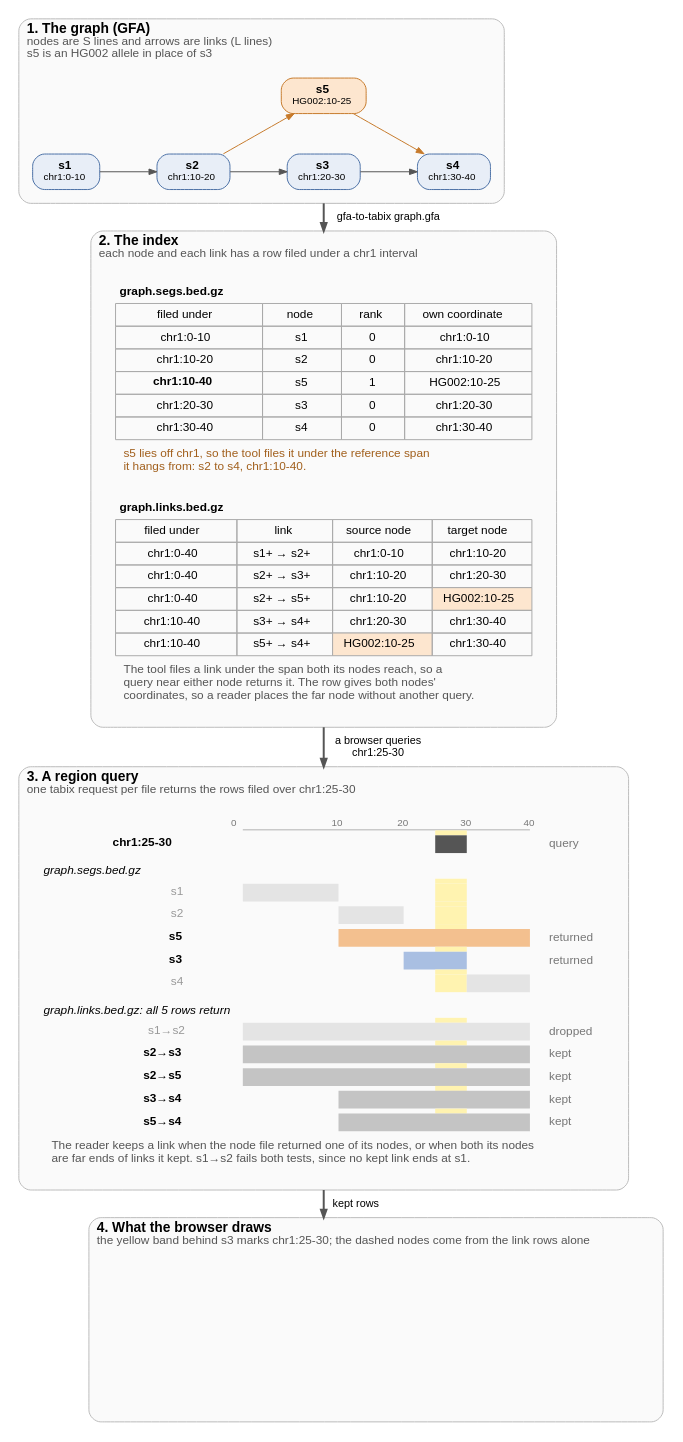
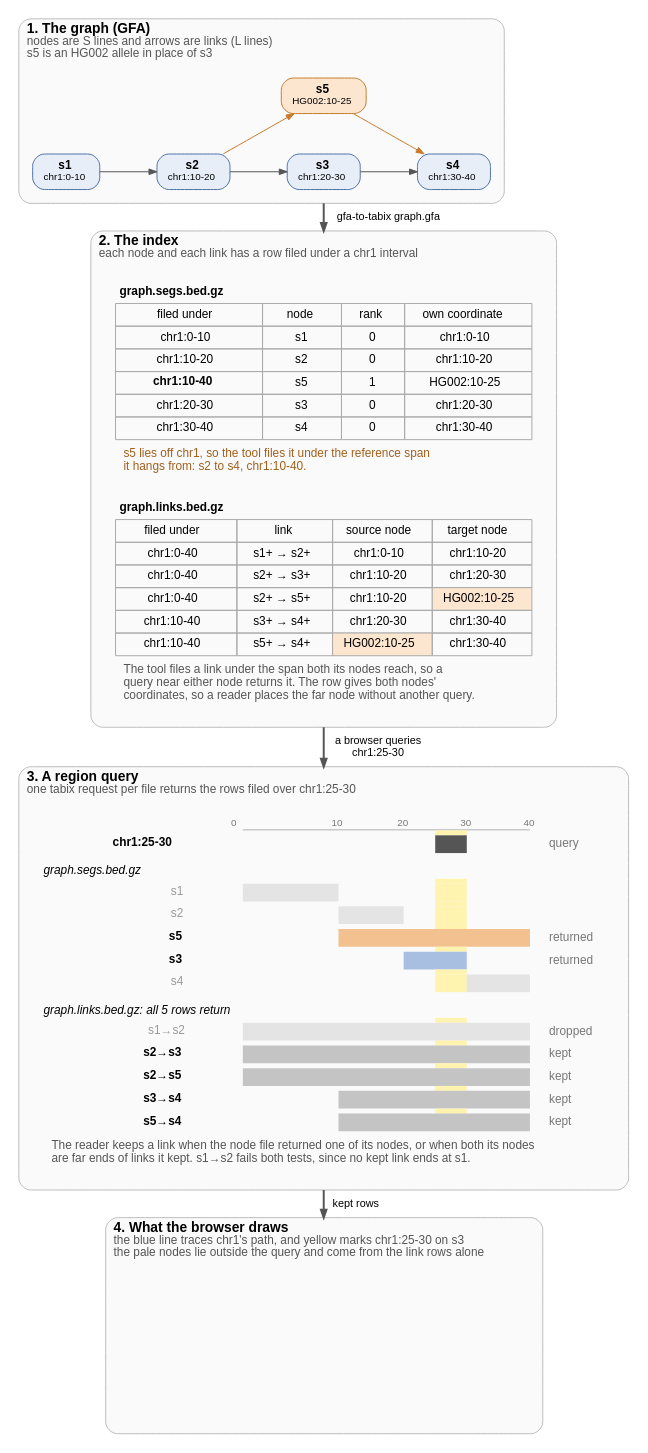
Before and after one commit to GMOD/gfa-to-tabix: the diagram in docs/figures/overview-detail.dot, drawn with Graphviz. The commit also changed 4 other files, not shown here.

First line of the commit message:
Overview figures: trace chr1's path through the drawn nodes, drop the dashes

```diff
--- a/docs/figures/overview-detail.dot
+++ b/docs/figures/overview-detail.dot
@@ -1,117 +1,117 @@
 // scripts/figures.py fills the marked rows from the tool's output and draws this figure
 digraph overview {
   bgcolor="white"
   fontname="Helvetica"
   newrank=true
   compound=true
   nodesep=0.4
   ranksep=0.55
   node [fontname="Helvetica", fontsize=12, shape=box, style="filled,rounded", fillcolor="#e8eef7", color="#4a6fa5", margin="0.15,0.06"]
   edge [fontname="Helvetica", fontsize=11, color="#555555", arrowsize=0.8]
 
   subgraph {
     graph [labeljust=l, fontsize=14, color="#bbbbbb", style="rounded,filled", fillcolor="#fafafa", margin=14]
 
     subgraph cluster_graph {
       label=<<B>1. The graph (GFA)</B><BR ALIGN="LEFT"/><FONT POINT-SIZE="12" COLOR="#555555">nodes are S lines and arrows are links (L lines)</FONT><BR ALIGN="LEFT"/><FONT POINT-SIZE="12" COLOR="#555555">s5 is an HG002 allele in place of s3</FONT><BR ALIGN="LEFT"/>>
       // begin graph
       s1 [label=<<B>s1</B><BR/><FONT POINT-SIZE="10">chr1:0-10</FONT>>]
       s2 [label=<<B>s2</B><BR/><FONT POINT-SIZE="10">chr1:10-20</FONT>>]
       s3 [label=<<B>s3</B><BR/><FONT POINT-SIZE="10">chr1:20-30</FONT>>]
       s4 [label=<<B>s4</B><BR/><FONT POINT-SIZE="10">chr1:30-40</FONT>>]
       s5 [label=<<B>s5</B><BR/><FONT POINT-SIZE="10">HG002:10-25</FONT>>, fillcolor="#fde6cf", color="#c77a2b"]
       {rank=same; s1; s2; s3; s4}
       s1 -> s2 [weight=20]
       s2 -> s3 [weight=20]
       s2 -> s5 [color="#c77a2b", constraint=false]
       s3 -> s4 [weight=20]
       s5 -> s4 [color="#c77a2b", constraint=false]
       s5 -> s3 [style=invis, weight=20]
       // end graph
     }
 
     subgraph cluster_files {
       label=<<B>2. The index</B><BR ALIGN="LEFT"/><FONT POINT-SIZE="12" COLOR="#555555">each node and each link has a row filed under a chr1 interval</FONT><BR ALIGN="LEFT"/>>
       rows [shape=plaintext, style="", label=<
         <TABLE BORDER="0" CELLBORDER="0" CELLSPACING="0" CELLPADDING="0"><TR><TD><TABLE BORDER="0" CELLBORDER="1" CELLSPACING="0" CELLPADDING="4" COLOR="#aaaaaa">
           <TR><TD COLSPAN="4" BORDER="0" ALIGN="LEFT"><B>graph.segs.bed.gz</B></TD></TR>
           <TR BGCOLOR="#dddddd"><TD>filed under</TD><TD>node</TD><TD>rank</TD><TD>own coordinate</TD></TR>
           <!-- begin segs -->
           <TR BGCOLOR="#e8eef7"><TD>chr1:0-10</TD><TD>s1</TD><TD>0</TD><TD>chr1:0-10</TD></TR>
           <TR BGCOLOR="#e8eef7"><TD>chr1:10-20</TD><TD>s2</TD><TD>0</TD><TD>chr1:10-20</TD></TR>
           <TR BGCOLOR="#fde6cf"><TD><B>chr1:10-40</B></TD><TD>s5</TD><TD>1</TD><TD>HG002:10-25</TD></TR>
           <TR BGCOLOR="#e8eef7"><TD>chr1:20-30</TD><TD>s3</TD><TD>0</TD><TD>chr1:20-30</TD></TR>
           <TR BGCOLOR="#e8eef7"><TD>chr1:30-40</TD><TD>s4</TD><TD>0</TD><TD>chr1:30-40</TD></TR>
           <!-- end segs -->
           <!-- begin segs-caption -->
           <TR><TD BORDER="0" CELLPADDING="8" COLSPAN="4" ALIGN="LEFT" BALIGN="LEFT"><FONT POINT-SIZE="12" COLOR="#a15f1c">s5 lies off chr1, so the tool files it under the reference span<BR/>it hangs from: s2 to s4, chr1:10-40.</FONT></TD></TR>
           <!-- end segs-caption -->
         </TABLE></TD></TR>
         <TR><TD HEIGHT="18"></TD></TR>
         <TR><TD><TABLE BORDER="0" CELLBORDER="1" CELLSPACING="0" CELLPADDING="4" COLOR="#aaaaaa">
           <TR><TD COLSPAN="4" BORDER="0" ALIGN="LEFT"><B>graph.links.bed.gz</B></TD></TR>
           <TR BGCOLOR="#dddddd"><TD>filed under</TD><TD>link</TD><TD>source node</TD><TD>target node</TD></TR>
           <!-- begin links -->
           <TR BGCOLOR="#f2f2f2"><TD>chr1:0-40</TD><TD>s1+ → s2+</TD><TD>chr1:0-10</TD><TD>chr1:10-20</TD></TR>
           <TR BGCOLOR="#f2f2f2"><TD>chr1:0-40</TD><TD>s2+ → s3+</TD><TD>chr1:10-20</TD><TD>chr1:20-30</TD></TR>
           <TR BGCOLOR="#f2f2f2"><TD>chr1:0-40</TD><TD>s2+ → s5+</TD><TD>chr1:10-20</TD><TD BGCOLOR="#fde6cf">HG002:10-25</TD></TR>
           <TR BGCOLOR="#f2f2f2"><TD>chr1:10-40</TD><TD>s3+ → s4+</TD><TD>chr1:20-30</TD><TD>chr1:30-40</TD></TR>
           <TR BGCOLOR="#f2f2f2"><TD>chr1:10-40</TD><TD>s5+ → s4+</TD><TD BGCOLOR="#fde6cf">HG002:10-25</TD><TD>chr1:30-40</TD></TR>
           <!-- end links -->
           <TR><TD COLSPAN="4" BORDER="0" CELLPADDING="8" ALIGN="LEFT" BALIGN="LEFT"><FONT POINT-SIZE="12" COLOR="#555555">The tool files a link under the span both its nodes reach, so a<BR/>query near either node returns it. The row gives both nodes'<BR/>coordinates, so a reader places the far node without another query.</FONT></TD></TR>
         </TABLE></TD></TR></TABLE>>]
     }
 
     subgraph cluster_query {
       label=<<B>3. A region query</B><BR ALIGN="LEFT"/><FONT POINT-SIZE="12" COLOR="#555555">one tabix request per file returns the rows filed over chr1:25-30</FONT><BR ALIGN="LEFT"/>>
       hits [shape=plaintext, style="", label=<
         <TABLE BORDER="0" CELLBORDER="0" CELLSPACING="0" CELLPADDING="0">
           <!-- begin lanes -->
           <TR><TD></TD><TD WIDTH="16"></TD><TD WIDTH="16"></TD><TD WIDTH="16"></TD><TD WIDTH="16"></TD><TD WIDTH="16"></TD><TD WIDTH="16"></TD><TD WIDTH="16"></TD><TD WIDTH="16"></TD><TD WIDTH="16"></TD><TD WIDTH="16"></TD><TD WIDTH="16"></TD><TD WIDTH="16"></TD><TD WIDTH="16"></TD><TD WIDTH="16"></TD><TD WIDTH="16"></TD><TD WIDTH="16"></TD><TD WIDTH="16"></TD><TD WIDTH="16"></TD><TD></TD></TR>
           <TR><TD></TD><TD COLSPAN="2"><FONT POINT-SIZE="10" COLOR="#777777">0</FONT></TD><TD COLSPAN="2"></TD><TD COLSPAN="2"><FONT POINT-SIZE="10" COLOR="#777777">10</FONT></TD><TD COLSPAN="2"></TD><TD COLSPAN="2"><FONT POINT-SIZE="10" COLOR="#777777">20</FONT></TD><TD COLSPAN="2"></TD><TD COLSPAN="2"><FONT POINT-SIZE="10" COLOR="#777777">30</FONT></TD><TD COLSPAN="2"></TD><TD COLSPAN="2"><FONT POINT-SIZE="10" COLOR="#777777">40</FONT></TD><TD></TD></TR>
           <TR><TD HEIGHT="1"></TD><TD></TD><TD COLSPAN="16" BGCOLOR="#999999"></TD><TD></TD><TD></TD></TR>
           <TR><TD HEIGHT="5"></TD><TD></TD><TD></TD><TD></TD><TD></TD><TD></TD><TD></TD><TD></TD><TD></TD><TD></TD><TD></TD><TD></TD><TD BGCOLOR="#fff3b0"></TD><TD BGCOLOR="#fff3b0"></TD><TD></TD><TD></TD><TD></TD><TD></TD><TD></TD><TD></TD></TR>
           <TR><TD ALIGN="RIGHT" HEIGHT="18"><B>chr1:25-30</B>  </TD><TD></TD><TD COLSPAN="10"></TD><TD COLSPAN="2" BGCOLOR="#555555"></TD><TD COLSPAN="4"></TD><TD></TD><TD ALIGN="LEFT"><FONT POINT-SIZE="12" COLOR="#777777">  query</FONT></TD></TR>
           <TR><TD COLSPAN="20" ALIGN="LEFT" HEIGHT="26" VALIGN="BOTTOM"><I>graph.segs.bed.gz</I></TD></TR>
           <TR><TD HEIGHT="5"></TD><TD></TD><TD></TD><TD></TD><TD></TD><TD></TD><TD></TD><TD></TD><TD></TD><TD></TD><TD></TD><TD></TD><TD BGCOLOR="#fff3b0"></TD><TD BGCOLOR="#fff3b0"></TD><TD></TD><TD></TD><TD></TD><TD></TD><TD></TD><TD></TD></TR>
           <TR><TD ALIGN="RIGHT" HEIGHT="18"><FONT COLOR="#999999">s1</FONT>  </TD><TD></TD><TD COLSPAN="4" BGCOLOR="#e4e4e4"></TD><TD COLSPAN="6"></TD><TD COLSPAN="2" BGCOLOR="#fff3b0"></TD><TD COLSPAN="4"></TD><TD></TD><TD ALIGN="LEFT"></TD></TR>
           <TR><TD HEIGHT="5"></TD><TD></TD><TD></TD><TD></TD><TD></TD><TD></TD><TD></TD><TD></TD><TD></TD><TD></TD><TD></TD><TD></TD><TD BGCOLOR="#fff3b0"></TD><TD BGCOLOR="#fff3b0"></TD><TD></TD><TD></TD><TD></TD><TD></TD><TD></TD><TD></TD></TR>
           <TR><TD ALIGN="RIGHT" HEIGHT="18"><FONT COLOR="#999999">s2</FONT>  </TD><TD></TD><TD COLSPAN="4"></TD><TD COLSPAN="4" BGCOLOR="#e4e4e4"></TD><TD COLSPAN="2"></TD><TD COLSPAN="2" BGCOLOR="#fff3b0"></TD><TD COLSPAN="4"></TD><TD></TD><TD ALIGN="LEFT"></TD></TR>
           <TR><TD HEIGHT="5"></TD><TD></TD><TD></TD><TD></TD><TD></TD><TD></TD><TD></TD><TD></TD><TD></TD><TD></TD><TD></TD><TD></TD><TD BGCOLOR="#fff3b0"></TD><TD BGCOLOR="#fff3b0"></TD><TD></TD><TD></TD><TD></TD><TD></TD><TD></TD><TD></TD></TR>
           <TR><TD ALIGN="RIGHT" HEIGHT="18"><B>s5</B>  </TD><TD></TD><TD COLSPAN="4"></TD><TD COLSPAN="12" BGCOLOR="#f3c08f"></TD><TD></TD><TD ALIGN="LEFT"><FONT POINT-SIZE="12" COLOR="#777777">  returned</FONT></TD></TR>
           <TR><TD HEIGHT="5"></TD><TD></TD><TD></TD><TD></TD><TD></TD><TD></TD><TD></TD><TD></TD><TD></TD><TD></TD><TD></TD><TD></TD><TD BGCOLOR="#fff3b0"></TD><TD BGCOLOR="#fff3b0"></TD><TD></TD><TD></TD><TD></TD><TD></TD><TD></TD><TD></TD></TR>
           <TR><TD ALIGN="RIGHT" HEIGHT="18"><B>s3</B>  </TD><TD></TD><TD COLSPAN="8"></TD><TD COLSPAN="4" BGCOLOR="#a9bfe2"></TD><TD COLSPAN="4"></TD><TD></TD><TD ALIGN="LEFT"><FONT POINT-SIZE="12" COLOR="#777777">  returned</FONT></TD></TR>
           <TR><TD HEIGHT="5"></TD><TD></TD><TD></TD><TD></TD><TD></TD><TD></TD><TD></TD><TD></TD><TD></TD><TD></TD><TD></TD><TD></TD><TD BGCOLOR="#fff3b0"></TD><TD BGCOLOR="#fff3b0"></TD><TD></TD><TD></TD><TD></TD><TD></TD><TD></TD><TD></TD></TR>
           <TR><TD ALIGN="RIGHT" HEIGHT="18"><FONT COLOR="#999999">s4</FONT>  </TD><TD></TD><TD COLSPAN="10"></TD><TD COLSPAN="2" BGCOLOR="#fff3b0"></TD><TD COLSPAN="4" BGCOLOR="#e4e4e4"></TD><TD></TD><TD ALIGN="LEFT"></TD></TR>
           <TR><TD COLSPAN="20" ALIGN="LEFT" HEIGHT="26" VALIGN="BOTTOM"><I>graph.links.bed.gz: all 5 rows return</I></TD></TR>
           <TR><TD HEIGHT="5"></TD><TD></TD><TD></TD><TD></TD><TD></TD><TD></TD><TD></TD><TD></TD><TD></TD><TD></TD><TD></TD><TD></TD><TD BGCOLOR="#fff3b0"></TD><TD BGCOLOR="#fff3b0"></TD><TD></TD><TD></TD><TD></TD><TD></TD><TD></TD><TD></TD></TR>
           <TR><TD ALIGN="RIGHT" HEIGHT="18"><FONT COLOR="#999999">s1→s2</FONT>  </TD><TD></TD><TD COLSPAN="16" BGCOLOR="#e4e4e4"></TD><TD></TD><TD ALIGN="LEFT"><FONT POINT-SIZE="12" COLOR="#777777">  dropped</FONT></TD></TR>
           <TR><TD HEIGHT="5"></TD><TD></TD><TD></TD><TD></TD><TD></TD><TD></TD><TD></TD><TD></TD><TD></TD><TD></TD><TD></TD><TD></TD><TD BGCOLOR="#fff3b0"></TD><TD BGCOLOR="#fff3b0"></TD><TD></TD><TD></TD><TD></TD><TD></TD><TD></TD><TD></TD></TR>
           <TR><TD ALIGN="RIGHT" HEIGHT="18"><B>s2→s3</B>  </TD><TD></TD><TD COLSPAN="16" BGCOLOR="#c4c4c4"></TD><TD></TD><TD ALIGN="LEFT"><FONT POINT-SIZE="12" COLOR="#777777">  kept</FONT></TD></TR>
           <TR><TD HEIGHT="5"></TD><TD></TD><TD></TD><TD></TD><TD></TD><TD></TD><TD></TD><TD></TD><TD></TD><TD></TD><TD></TD><TD></TD><TD BGCOLOR="#fff3b0"></TD><TD BGCOLOR="#fff3b0"></TD><TD></TD><TD></TD><TD></TD><TD></TD><TD></TD><TD></TD></TR>
           <TR><TD ALIGN="RIGHT" HEIGHT="18"><B>s2→s5</B>  </TD><TD></TD><TD COLSPAN="16" BGCOLOR="#c4c4c4"></TD><TD></TD><TD ALIGN="LEFT"><FONT POINT-SIZE="12" COLOR="#777777">  kept</FONT></TD></TR>
           <TR><TD HEIGHT="5"></TD><TD></TD><TD></TD><TD></TD><TD></TD><TD></TD><TD></TD><TD></TD><TD></TD><TD></TD><TD></TD><TD></TD><TD BGCOLOR="#fff3b0"></TD><TD BGCOLOR="#fff3b0"></TD><TD></TD><TD></TD><TD></TD><TD></TD><TD></TD><TD></TD></TR>
           <TR><TD ALIGN="RIGHT" HEIGHT="18"><B>s3→s4</B>  </TD><TD></TD><TD COLSPAN="4"></TD><TD COLSPAN="12" BGCOLOR="#c4c4c4"></TD><TD></TD><TD ALIGN="LEFT"><FONT POINT-SIZE="12" COLOR="#777777">  kept</FONT></TD></TR>
           <TR><TD HEIGHT="5"></TD><TD></TD><TD></TD><TD></TD><TD></TD><TD></TD><TD></TD><TD></TD><TD></TD><TD></TD><TD></TD><TD></TD><TD BGCOLOR="#fff3b0"></TD><TD BGCOLOR="#fff3b0"></TD><TD></TD><TD></TD><TD></TD><TD></TD><TD></TD><TD></TD></TR>
           <TR><TD ALIGN="RIGHT" HEIGHT="18"><B>s5→s4</B>  </TD><TD></TD><TD COLSPAN="4"></TD><TD COLSPAN="12" BGCOLOR="#c4c4c4"></TD><TD></TD><TD ALIGN="LEFT"><FONT POINT-SIZE="12" COLOR="#777777">  kept</FONT></TD></TR>
           <!-- end lanes -->
           <!-- begin keep-caption -->
           <TR><TD BORDER="0" CELLPADDING="8" COLSPAN="20" ALIGN="LEFT" BALIGN="LEFT"><FONT POINT-SIZE="12" COLOR="#555555">The reader keeps a link when the node file returned one of its nodes, or when both its nodes<BR/>are far ends of links it kept. s1→s2 fails both tests, since no kept link ends at s1.</FONT></TD></TR>
           <!-- end keep-caption -->
         </TABLE>>]
     }
 
     subgraph cluster_drawn {
-      label=<<B>4. What the browser draws</B><BR ALIGN="LEFT"/><FONT POINT-SIZE="12" COLOR="#555555">the yellow band behind s3 marks chr1:25-30; the dashed nodes come from the link rows alone</FONT><BR ALIGN="LEFT"/>>
+      label=<<B>4. What the browser draws</B><BR ALIGN="LEFT"/><FONT POINT-SIZE="12" COLOR="#555555">the blue line traces chr1's path, and yellow marks chr1:25-30 on s3<BR ALIGN="LEFT"/>the pale nodes lie outside the query and come from the link rows alone</FONT><BR ALIGN="LEFT"/>>
       // begin drawn
       drawn [shape=box, style="", color=transparent, label="", fixedsize=true, width=5.29, height=2.02]
       // end drawn
     }
   }
 
   // begin arrows
   s3 -> rows [ltail=cluster_graph, lhead=cluster_files, label="  gfa-to-tabix graph.gfa", penwidth=2]
   rows -> hits [ltail=cluster_files, lhead=cluster_query, label="  a browser queries\n  chr1:25-30", penwidth=2]
   hits -> drawn [ltail=cluster_query, lhead=cluster_drawn, label="  kept rows", penwidth=2]
   // end arrows
 }
```
